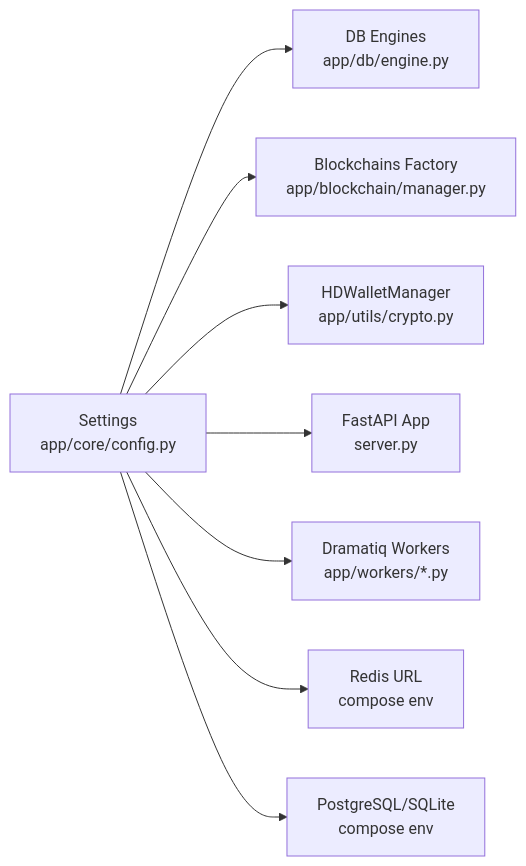
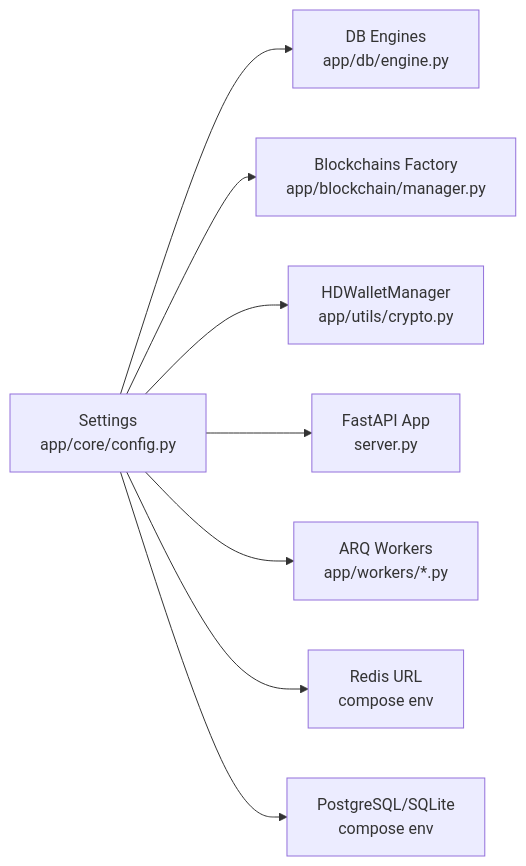
One commit to rakibhossain72/ctrip-docs changed the seventh of 8 diagrams in docs/configuration-management/environment-variables.md. Above: the diagram before and after it, drawn with Mermaid. The commit also changed other lines of this file and 25 other files, not shown here.

First line of the commit message:
docs: Update documentation to reflect ARQ task migration from Dramatiq

````diff
--- a/docs/configuration-management/environment-variables.md
+++ b/docs/configuration-management/environment-variables.md
@@ -292,10 +293,10 @@
 ```mermaid
 graph LR
 Settings["Settings<br/>app/core/config.py"] --> Engine["DB Engines<br/>app/db/engine.py"]
 Settings --> Manager["Blockchains Factory<br/>app/blockchain/manager.py"]
 Settings --> Crypto["HDWalletManager<br/>app/utils/crypto.py"]
 Settings --> App["FastAPI App<br/>server.py"]
-Settings --> Worker["Dramatiq Workers<br/>app/workers/*.py"]
+Settings --> Worker["ARQ Workers<br/>app/workers/*.py"]
 Settings --> Redis["Redis URL<br/>compose env"]
 Settings --> DB["PostgreSQL/SQLite<br/>compose env"]
 ```
````
